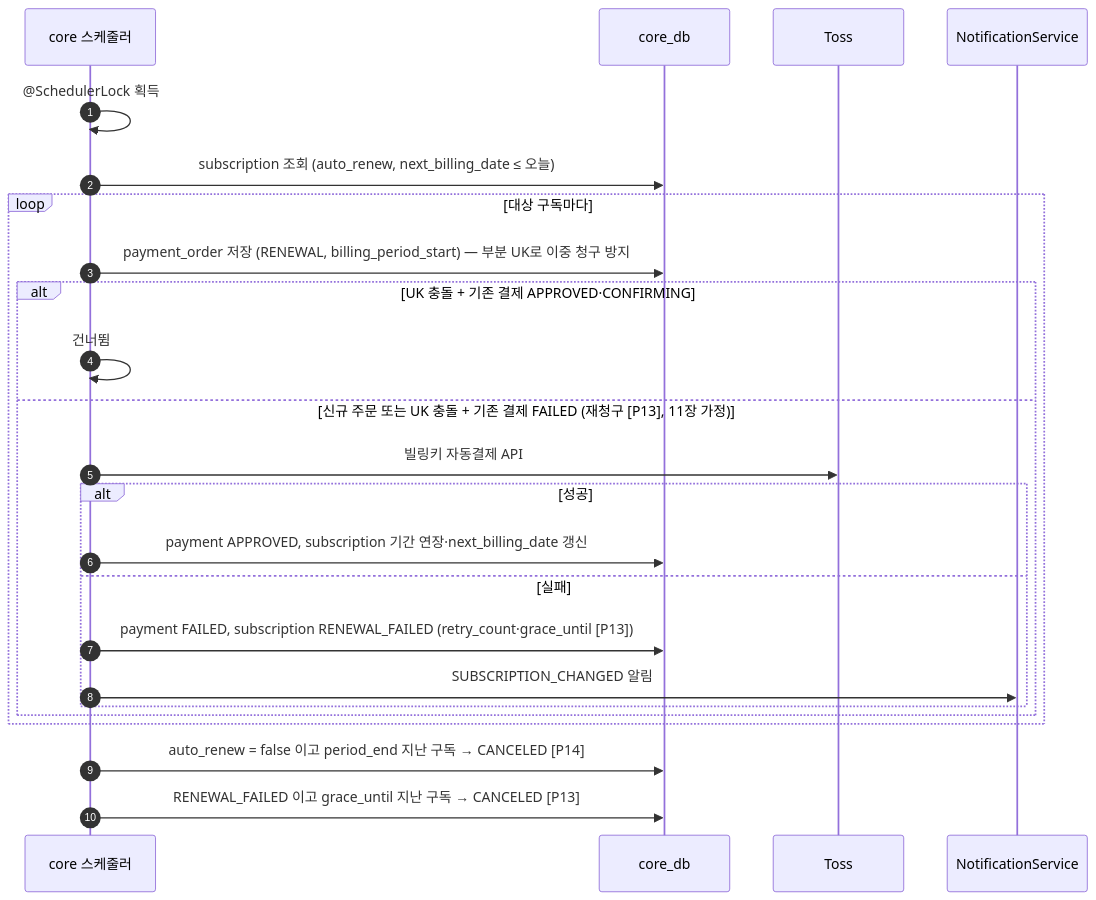
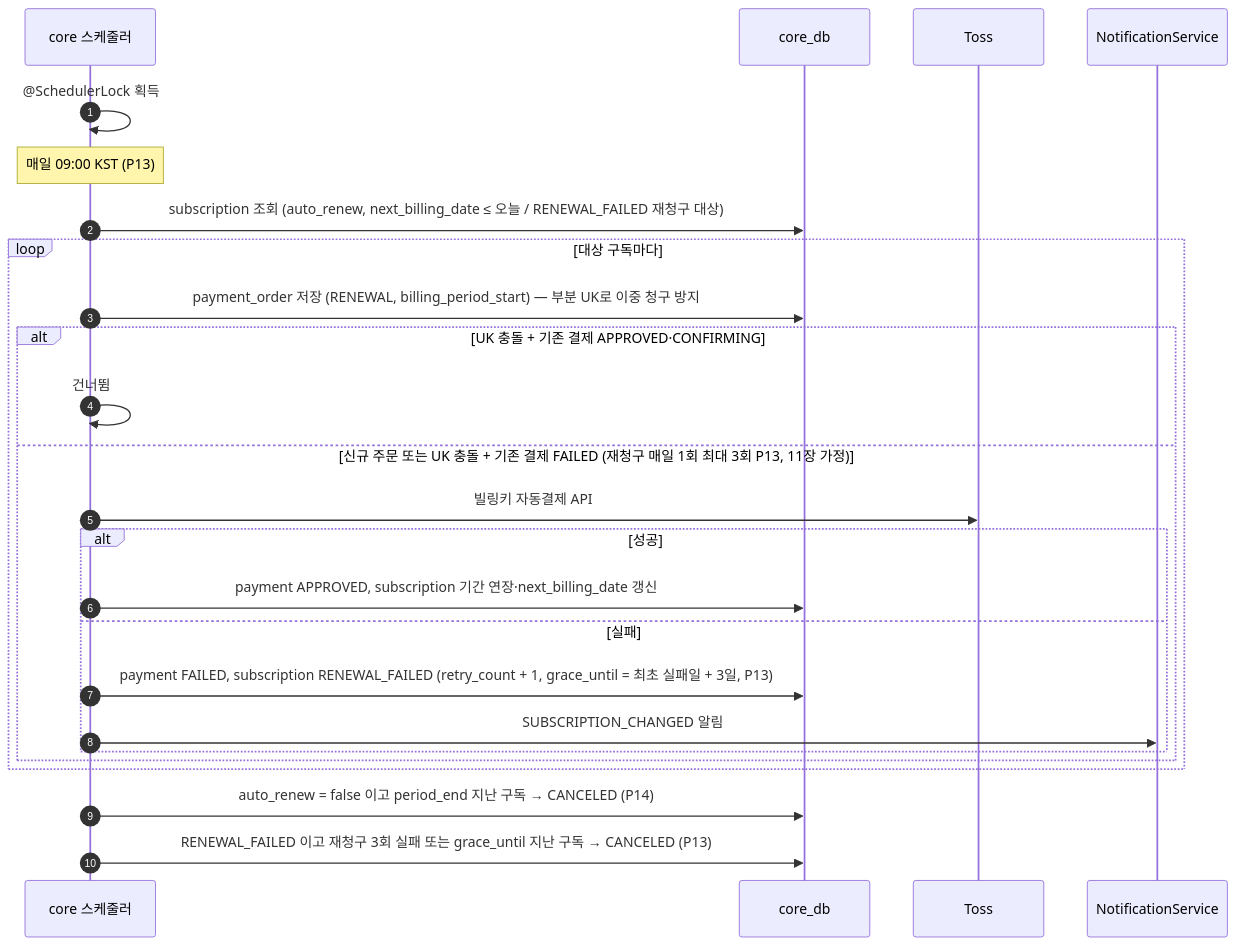
Before and after one commit to SKNETWORKS-FAMILY-AICAMP/SKN34-FINAL-3TEAM: diagram 14 of 19 in docs/design/sequence-diagram.md, drawn with Mermaid. The commit also changed other lines of this file and 7 other files, not shown here.

````diff
--- a/docs/design/sequence-diagram.md
+++ b/docs/design/sequence-diagram.md
@@ -583,27 +627,28 @@
 ```mermaid
 sequenceDiagram
   autonumber
   participant SCH as core 스케줄러
   participant DB as core_db
   participant T as Toss
   participant N as NotificationService
 
   SCH->>SCH: @SchedulerLock 획득
-  SCH->>DB: subscription 조회 (auto_renew, next_billing_date ≤ 오늘)
+  Note over SCH: 매일 09:00 KST (P13)
+  SCH->>DB: subscription 조회 (auto_renew, next_billing_date ≤ 오늘 / RENEWAL_FAILED 재청구 대상)
   loop 대상 구독마다
     SCH->>DB: payment_order 저장 (RENEWAL, billing_period_start) — 부분 UK로 이중 청구 방지
     alt UK 충돌 + 기존 결제 APPROVED·CONFIRMING
       SCH->>SCH: 건너뜀
-    else 신규 주문 또는 UK 충돌 + 기존 결제 FAILED (재청구 [P13], 11장 가정)
+    else 신규 주문 또는 UK 충돌 + 기존 결제 FAILED (재청구 매일 1회 최대 3회 P13, 11장 가정)
       SCH->>T: 빌링키 자동결제 API
       alt 성공
         SCH->>DB: payment APPROVED, subscription 기간 연장·next_billing_date 갱신
       else 실패
-        SCH->>DB: payment FAILED, subscription RENEWAL_FAILED (retry_count·grace_until [P13])
+        SCH->>DB: payment FAILED, subscription RENEWAL_FAILED (retry_count + 1, grace_until = 최초 실패일 + 3일, P13)
         SCH->>N: SUBSCRIPTION_CHANGED 알림
       end
     end
   end
-  SCH->>DB: auto_renew = false 이고 period_end 지난 구독 → CANCELED [P14]
-  SCH->>DB: RENEWAL_FAILED 이고 grace_until 지난 구독 → CANCELED [P13]
+  SCH->>DB: auto_renew = false 이고 period_end 지난 구독 → CANCELED (P14)
+  SCH->>DB: RENEWAL_FAILED 이고 재청구 3회 실패 또는 grace_until 지난 구독 → CANCELED (P13)
 ```
````
